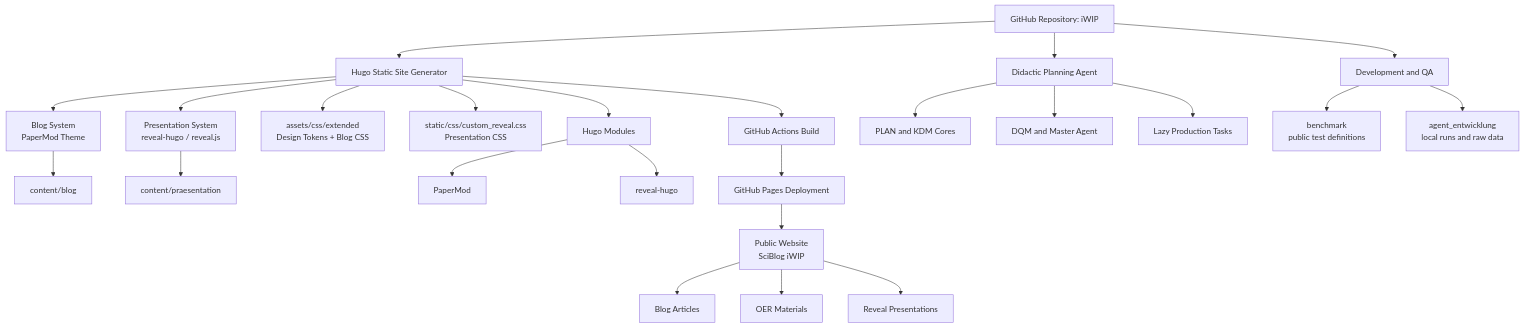
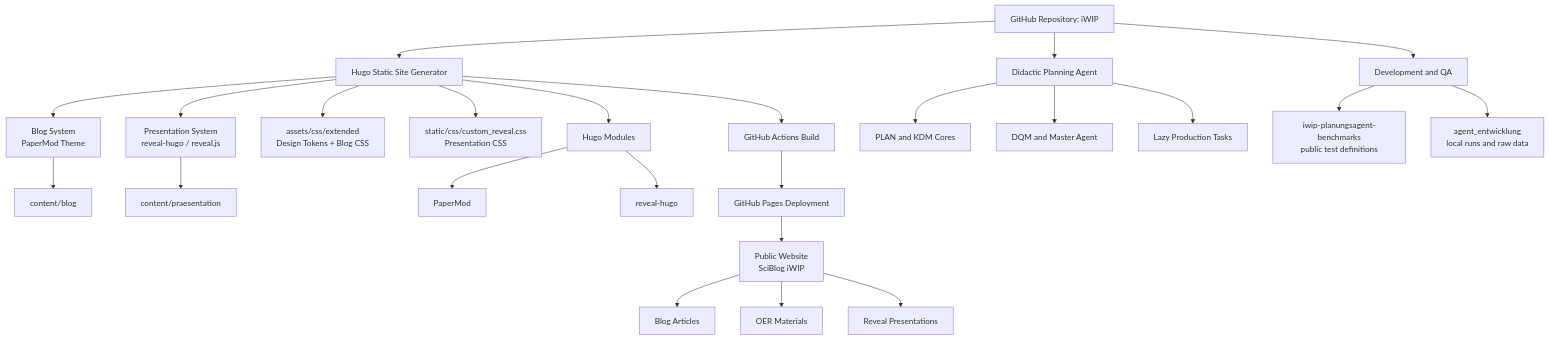
The diagram in project_governance/ai_project_context.md (MatthiasSoell/iWIP), drawn with Mermaid before and after one commit. The commit also changed other lines of this file and 42 other files, not shown here.

````diff
--- a/project_governance/ai_project_context.md
+++ b/project_governance/ai_project_context.md
@@ -55,40 +55,40 @@
 ```mermaid
 flowchart TD
 
 A[GitHub Repository: iWIP]
 
 A --> B[Hugo Static Site Generator]
 A --> L[Didactic Planning Agent]
 A --> M[Development and QA]
 
 B --> C1[Blog System<br>PaperMod Theme]
 B --> C2[Presentation System<br>reveal-hugo / reveal.js]
 
 C1 --> D1[content/blog]
 C2 --> D2[content/praesentation]
 
 B --> E1[assets/css/extended<br>Design Tokens + Blog CSS]
 B --> E2[static/css/custom_reveal.css<br>Presentation CSS]
 
 B --> F[Hugo Modules]
 
 F --> G1[PaperMod]
 F --> G2[reveal-hugo]
 
 B --> H[GitHub Actions Build]
 
 H --> I[GitHub Pages Deployment]
 
 I --> J[Public Website<br>SciBlog iWIP]
 
 J --> K1[Blog Articles]
 J --> K2[OER Materials]
 J --> K3[Reveal Presentations]
 
 L --> L1[PLAN and KDM Cores]
 L --> L2[DQM and Master Agent]
 L --> L3[Lazy Production Tasks]
 
-M --> M1[benchmark<br>public test definitions]
+M --> M1[iwip-planungsagent-benchmarks<br>public test definitions]
 M --> M2[agent_entwicklung<br>local runs and raw data]
 ```
````
